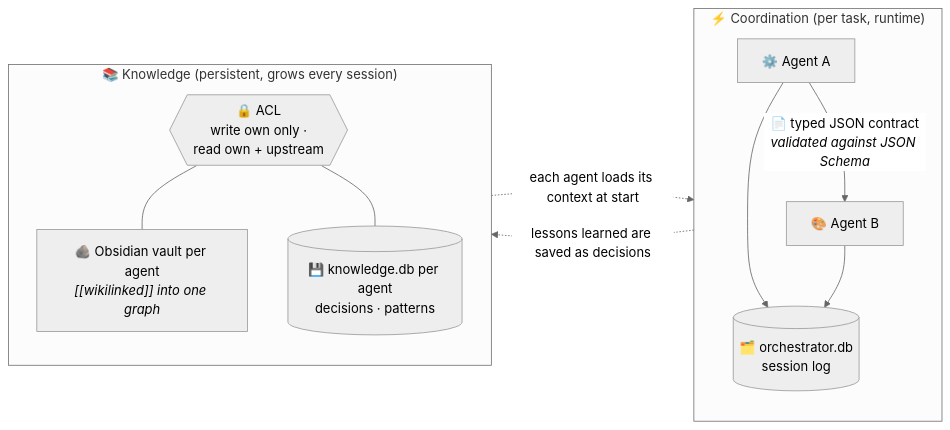
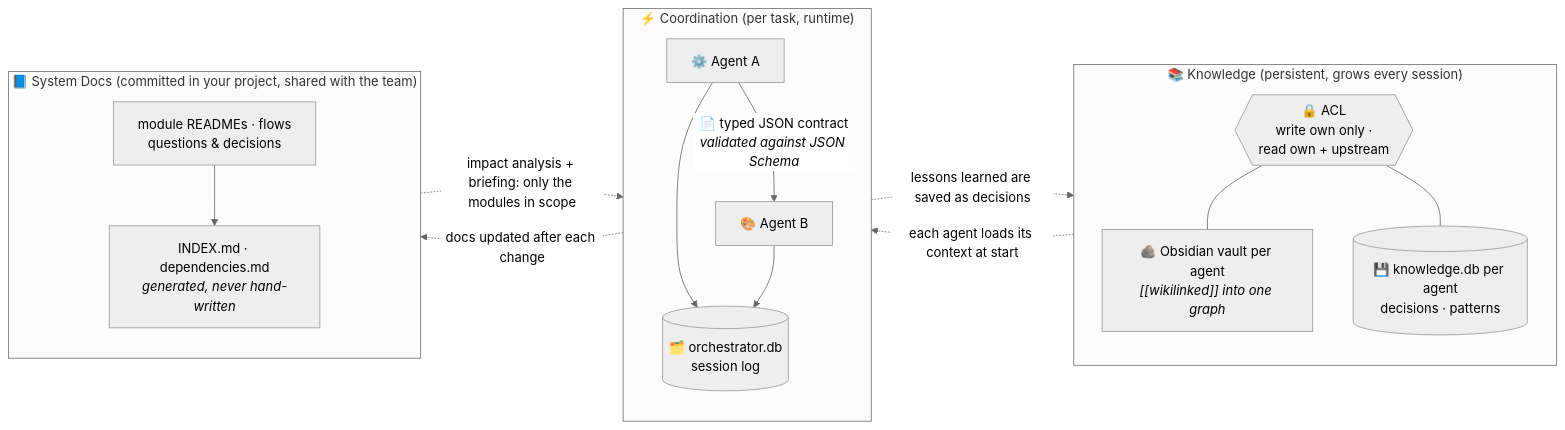
One commit to M-Abdur-Rafey/The-Software-Engineer changed the sixth of 6 diagrams in README.md. Above: the diagram before and after it, drawn with Mermaid (neutral theme). The commit also changed other lines of this file, not shown here.

First line of the commit message:
Update README diagrams for System Docs, testing and UI testing

````diff
--- a/README.md
+++ b/README.md
@@ -307,20 +369,29 @@
 ```mermaid
 flowchart LR
     subgraph RT["⚡ Coordination (per task, runtime)"]
         direction TB
         W1["⚙️ Agent A"] -- "📄 typed JSON contract<br/><i>validated against JSON Schema</i>" --> W2["🎨 Agent B"]
         W1 & W2 --> LOG[("🗂️ orchestrator.db<br/>session log")]
     end
 
     subgraph KN["📚 Knowledge (persistent, grows every session)"]
         direction TB
         V["🪨 Obsidian vault per agent<br/><i>[[wikilinked]] into one graph</i>"]
         K[("💾 knowledge.db per agent<br/>decisions · patterns")]
         ACL{{"🔒 ACL<br/>write own only ·<br/>read own + upstream"}}
         ACL --- V
         ACL --- K
     end
 
+    subgraph SD["📘 System Docs (committed in your project, shared with the team)"]
+        direction TB
+        MODS["module READMEs · flows<br/>questions & decisions"]
+        DEPS["INDEX.md · dependencies.md<br/><i>generated, never hand-written</i>"]
+        MODS --> DEPS
+    end
+
     RT -.->|"lessons learned are saved as decisions"| KN
     KN -.->|"each agent loads its context at start"| RT
+    SD -.->|"impact analysis + briefing: only the modules in scope"| RT
+    RT -.->|"docs updated after each change"| SD
 ```
````
